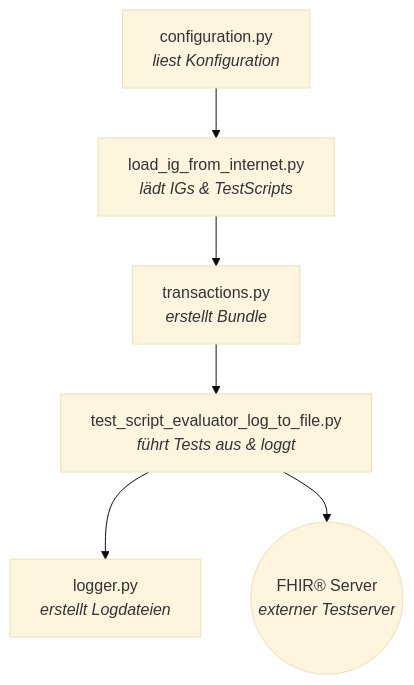
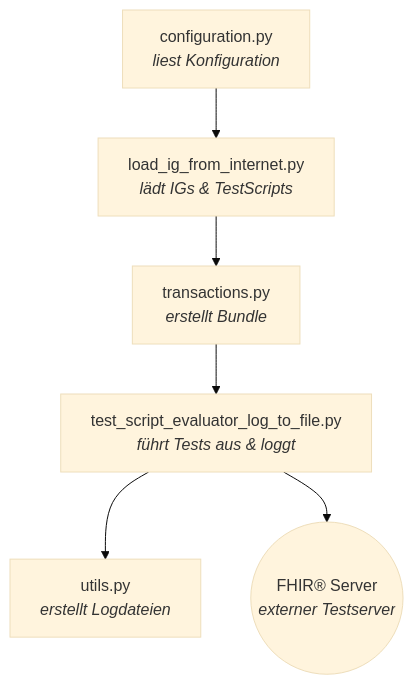
The first of 2 diagrams in README.md (HL7Austria/HL7-AT-TestFhiry-TestRunner), drawn with Mermaid (base theme) before and after one commit. The commit also changed other lines of this file, not shown here.

````diff
--- a/README.md
+++ b/README.md
@@ -123,8 +127,8 @@
 ```mermaid
 flowchart TD
     A[configuration.py<br/><i>liest Konfiguration</i>] --> B[load_ig_from_internet.py<br/><i>lädt IGs & TestScripts</i>]
     B --> C[transactions.py<br/><i>erstellt Bundle</i>]
     C --> D[test_script_evaluator_log_to_file.py<br/><i>führt Tests aus & loggt</i>]
-    D --> E[logger.py<br/><i>erstellt Logdateien</i>]
+    D --> E[utils.py<br/><i>erstellt Logdateien</i>]
     D --> F((FHIR® Server<br/><i>externer Testserver</i>))
 ```
````
